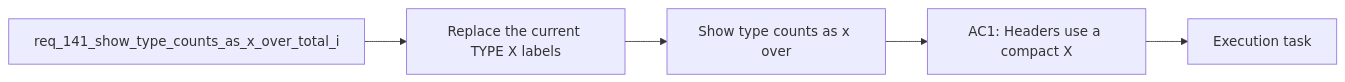
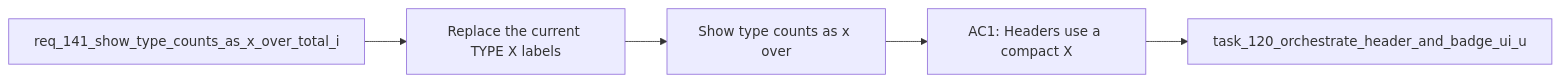
The diagram in logics/backlog/item_264_show_type_counts_as_x_over_total_in_column_headers.md (AlexAgo83/logics-manager), drawn with Mermaid before and after one commit. The commit also changed other lines of this file and 10 other files, not shown here.

Commit message:
Close header and badge workflow docs

````diff
--- a/logics/backlog/item_264_show_type_counts_as_x_over_total_in_column_headers.md
+++ b/logics/backlog/item_264_show_type_counts_as_x_over_total_in_column_headers.md
@@ -22,9 +22,9 @@
 ```mermaid
 %% logics-kind: backlog
 %% logics-signature: backlog|show-type-counts-as-x-over-total-in-colu|req-141-show-type-counts-as-x-over-total|replace-the-current-type-x-labels|ac1-headers-use-a-compact-x
 flowchart LR
     Request[req_141_show_type_counts_as_x_over_total_i] --> Problem[Replace the current TYPE X labels]
     Problem --> Scope[Show type counts as x over]
     Scope --> Acceptance[AC1: Headers use a compact X]
-    Acceptance --> Tasks[Execution task]
+    Acceptance --> Tasks[task_120_orchestrate_header_and_badge_ui_u]
 ```
````
